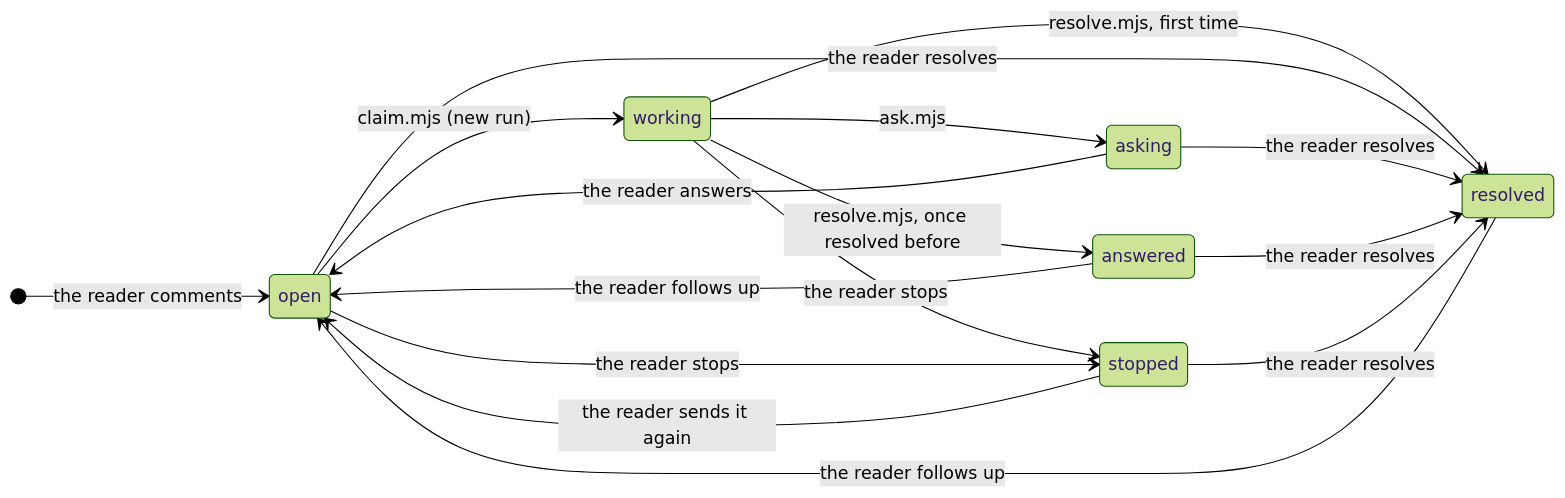
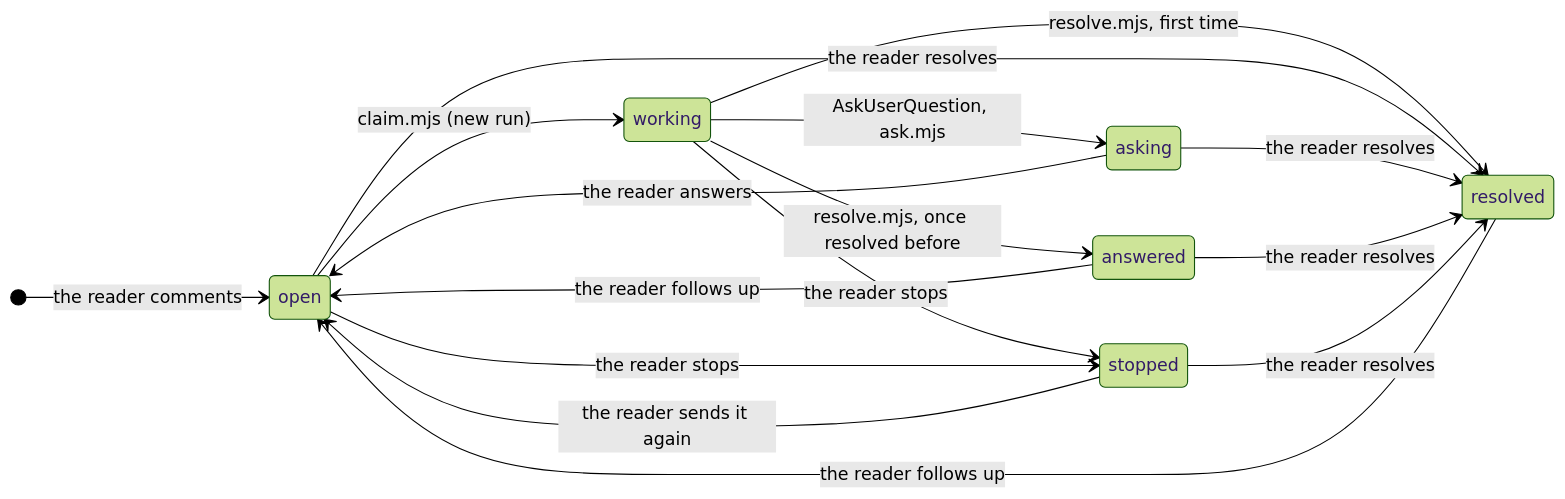
The diagram in docs/comments-file.md (annotant/annotant), drawn with Mermaid (forest theme) before and after one commit. The commit also changed other lines of this file and 14 other files, not shown here.

First line of the commit message:
feature: route a comment agent's AskUserQuestion to the widget

````diff
--- a/docs/comments-file.md
+++ b/docs/comments-file.md
@@ -153,19 +153,19 @@
 ```mermaid
 stateDiagram-v2
     direction LR
     [*] --> open: the reader comments
     open --> working: claim.mjs (new run)
-    working --> asking: ask.mjs
+    working --> asking: AskUserQuestion, ask.mjs
     working --> resolved: resolve.mjs, first time
     working --> answered: resolve.mjs, once resolved before
     working --> stopped: the reader stops
     open --> stopped: the reader stops
     asking --> open: the reader answers
     answered --> open: the reader follows up
     resolved --> open: the reader follows up
     stopped --> open: the reader sends it again
     open --> resolved: the reader resolves
     asking --> resolved: the reader resolves
     answered --> resolved: the reader resolves
     stopped --> resolved: the reader resolves
 ```
````
